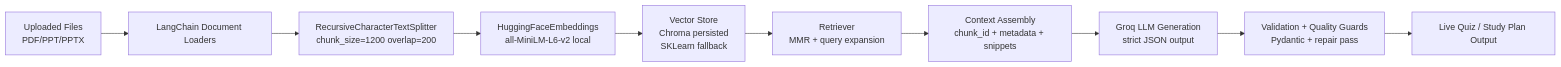
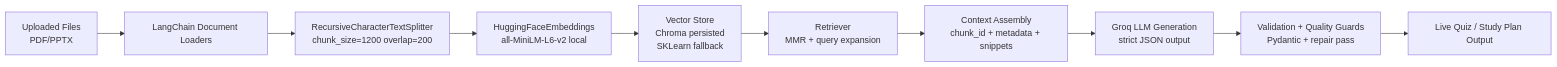
One commit to KarthikRamesh9149/PrepPilot---AI-Study-Companion changed the second of 3 diagrams in ARCHITECTURE.md. Above: the diagram before and after it, drawn with Mermaid. The commit also changed other lines of this file and 16 other files, not shown here.

````diff
--- a/ARCHITECTURE.md
+++ b/ARCHITECTURE.md
@@ -102,12 +102,12 @@
 ```mermaid
 flowchart LR
-    A[Uploaded Files<br/>PDF/PPT/PPTX] --> B[LangChain Document Loaders]
+    A[Uploaded Files<br/>PDF/PPTX] --> B[LangChain Document Loaders]
     B --> C[RecursiveCharacterTextSplitter<br/>chunk_size=1200 overlap=200]
     C --> D[HuggingFaceEmbeddings<br/>all-MiniLM-L6-v2 local]
     D --> E[Vector Store<br/>Chroma persisted<br/>SKLearn fallback]
     E --> F[Retriever<br/>MMR + query expansion]
     F --> G[Context Assembly<br/>chunk_id + metadata + snippets]
     G --> H[Groq LLM Generation<br/>strict JSON output]
     H --> I[Validation + Quality Guards<br/>Pydantic + repair pass]
     I --> J[Live Quiz / Study Plan Output]
 ```
````
